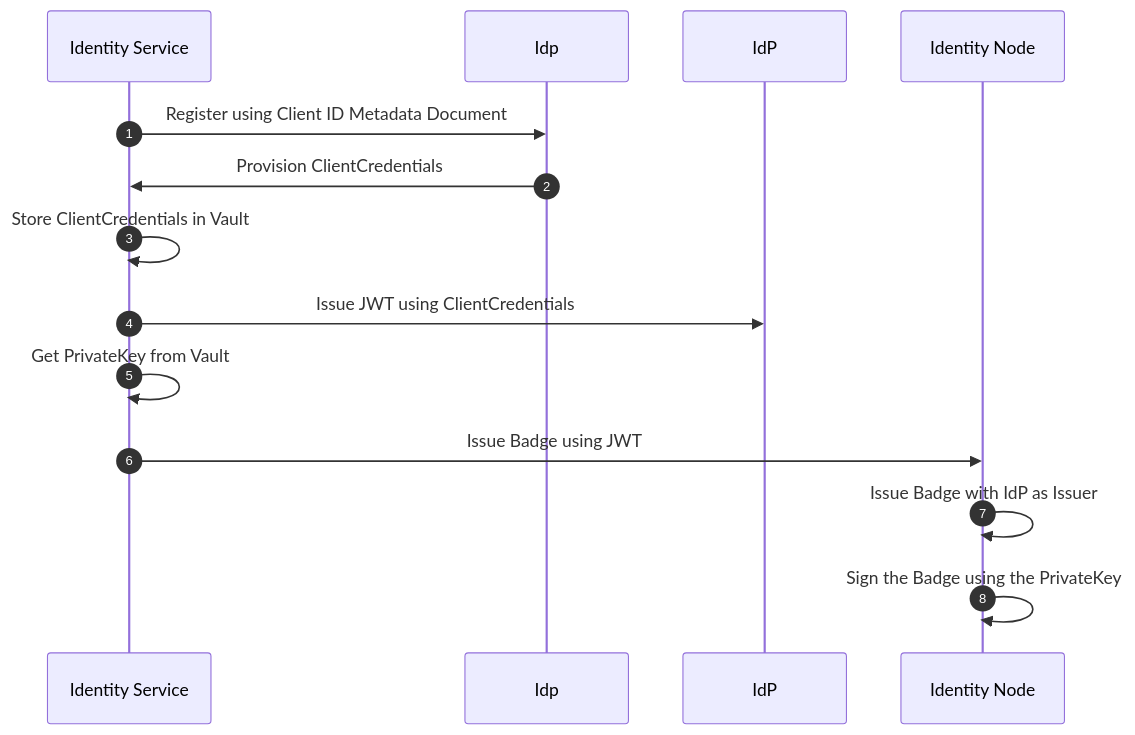
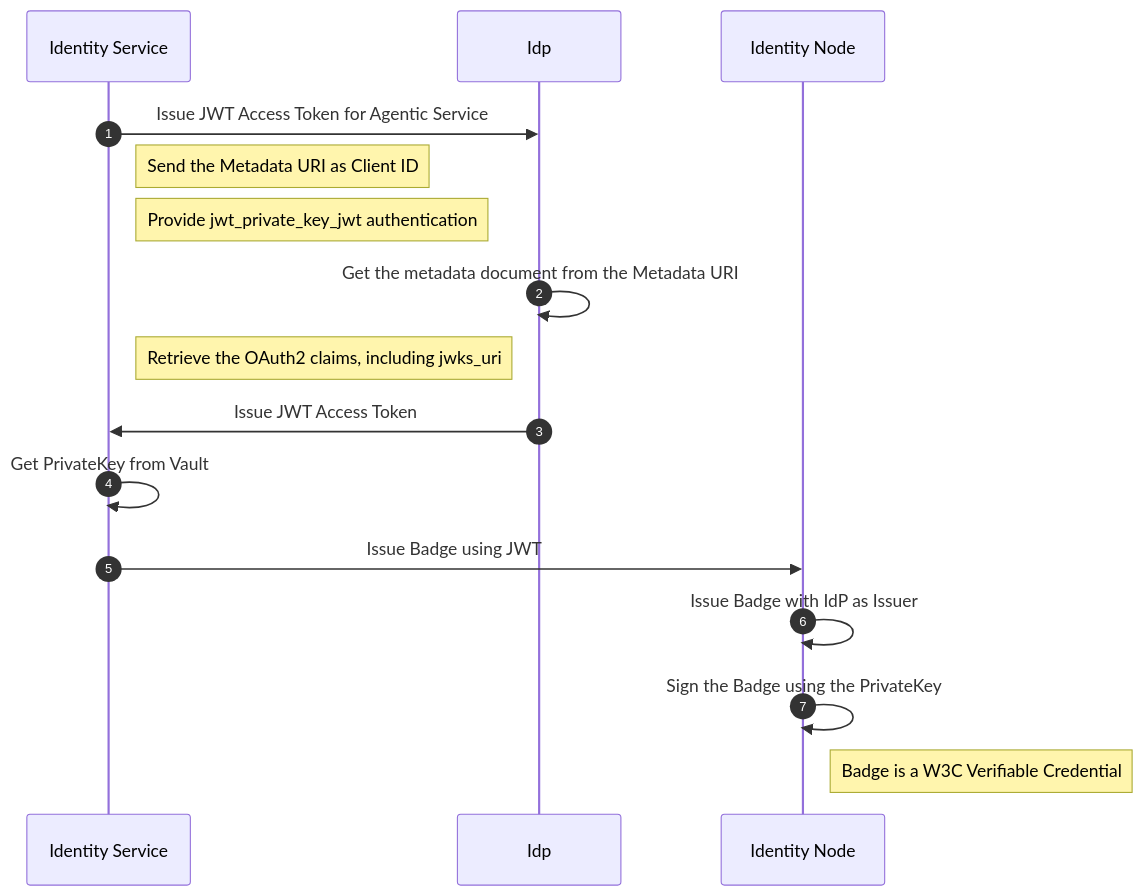
The fourth of 7 diagrams in docs/contribute/wip/1_DCR/proposal.md (agntcy/identity-service), drawn with Mermaid before and after one commit. The commit also changed other lines of this file, not shown here.

````diff
--- a/docs/contribute/wip/1_DCR/proposal.md
+++ b/docs/contribute/wip/1_DCR/proposal.md
@@ -65,13 +83,16 @@
 ```mermaid
 sequenceDiagram
 autonumber
 
-Identity Service->>Idp: Register using Client ID Metadata Document
-Idp->>Identity Service: Provision ClientCredentials
-Identity Service->>Identity Service: Store ClientCredentials in Vault
-Identity Service->>IdP: Issue JWT using ClientCredentials
+Identity Service->>Idp: Issue JWT Access Token for Agentic Service
+note right of Identity Service: Send the Metadata URI as Client ID
+note right of Identity Service: Provide jwt_private_key_jwt authentication
+Idp ->> Idp: Get the metadata document from the Metadata URI
+note left of Idp: Retrieve the OAuth2 claims, including jwks_uri
+Idp ->> Identity Service: Issue JWT Access Token
 Identity Service->>Identity Service: Get PrivateKey from Vault
 Identity Service->>Identity Node: Issue Badge using JWT
 Identity Node->>Identity Node: Issue Badge with IdP as Issuer
 Identity Node->>Identity Node: Sign the Badge using the PrivateKey
+note right of Identity Node: Badge is a W3C Verifiable Credential
 ```
````
